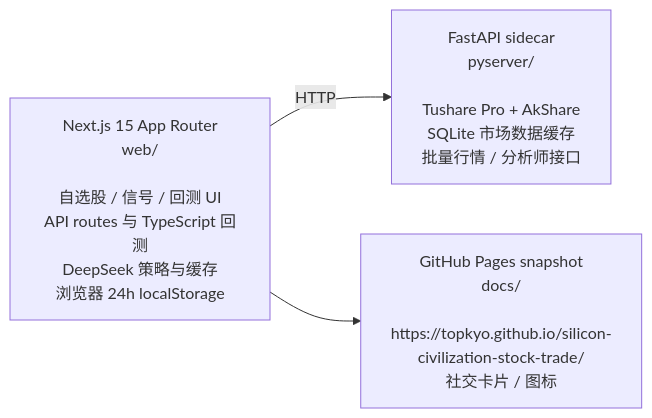
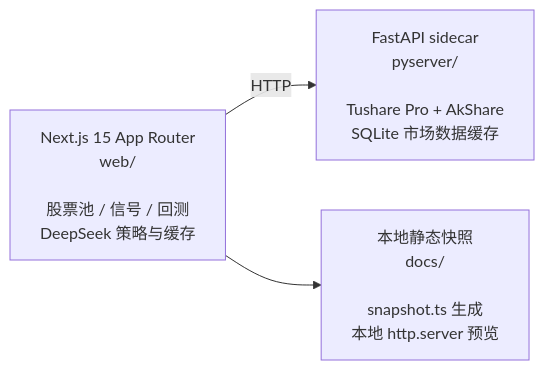
The diagram in README.md (topkyo/ai-infra-research-template), drawn with Mermaid before and after one commit. The commit also changed other lines of this file and 11 other files, not shown here.

````diff
--- a/README.md
+++ b/README.md
@@ -26,9 +26,9 @@
 ```mermaid
 flowchart LR
-  web["Next.js 15 App Router<br/>web/<br/><br/>自选股 / 信号 / 回测 UI<br/>API routes 与 TypeScript 回测<br/>DeepSeek 策略与缓存<br/>浏览器 24h localStorage"]
-  py["FastAPI sidecar<br/>pyserver/<br/><br/>Tushare Pro + AkShare<br/>SQLite 市场数据缓存<br/>批量行情 / 分析师接口"]
-  docs["GitHub Pages snapshot<br/>docs/<br/><br/>https://topkyo.github.io/silicon-civilization-stock-trade/<br/>社交卡片 / 图标"]
+  web["Next.js 15 App Router<br/>web/<br/><br/>股票池 / 信号 / 回测<br/>DeepSeek 策略与缓存"]
+  py["FastAPI sidecar<br/>pyserver/<br/><br/>Tushare Pro + AkShare<br/>SQLite 市场数据缓存"]
+  docs["本地静态快照<br/>docs/<br/><br/>snapshot.ts 生成<br/>本地 http.server 预览"]
 
   web -- HTTP --> py
   web --> docs
 ```
````
